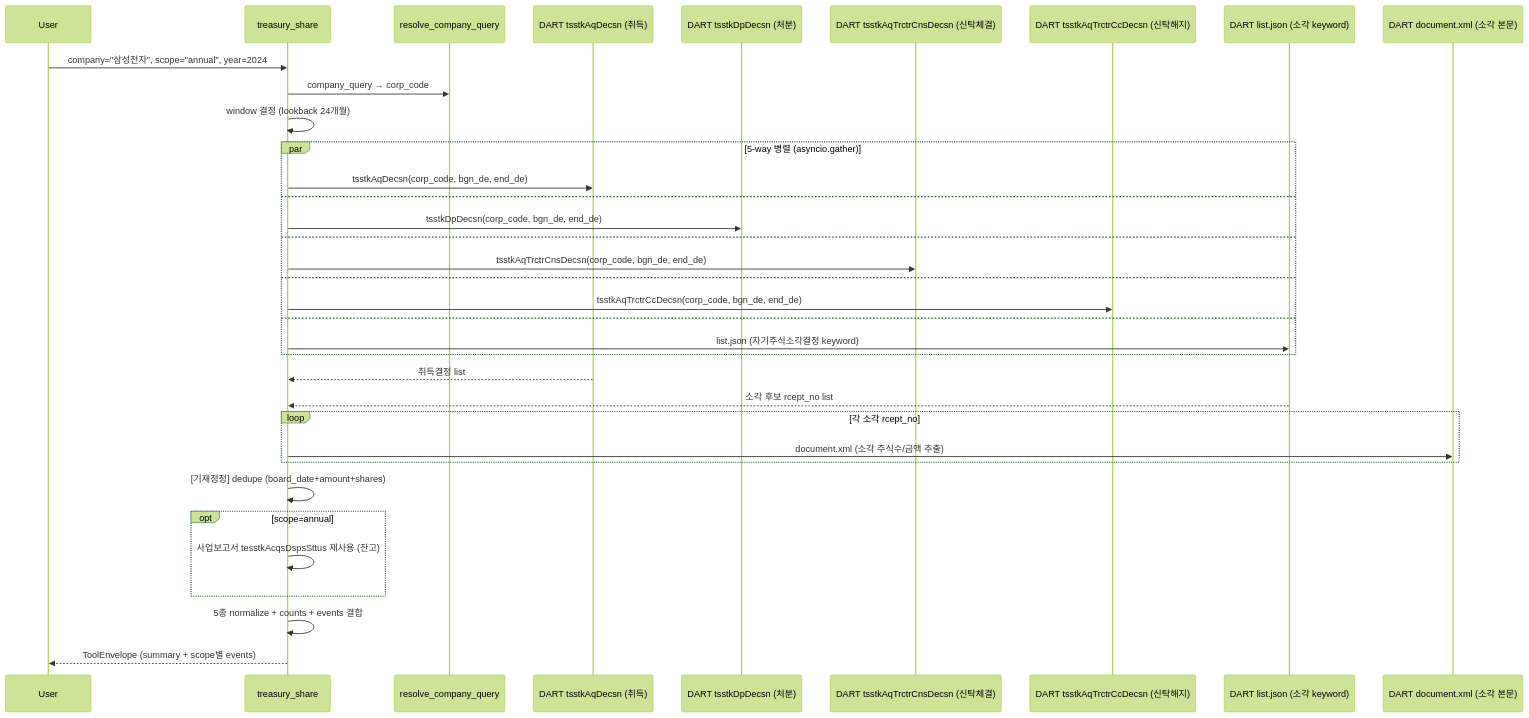
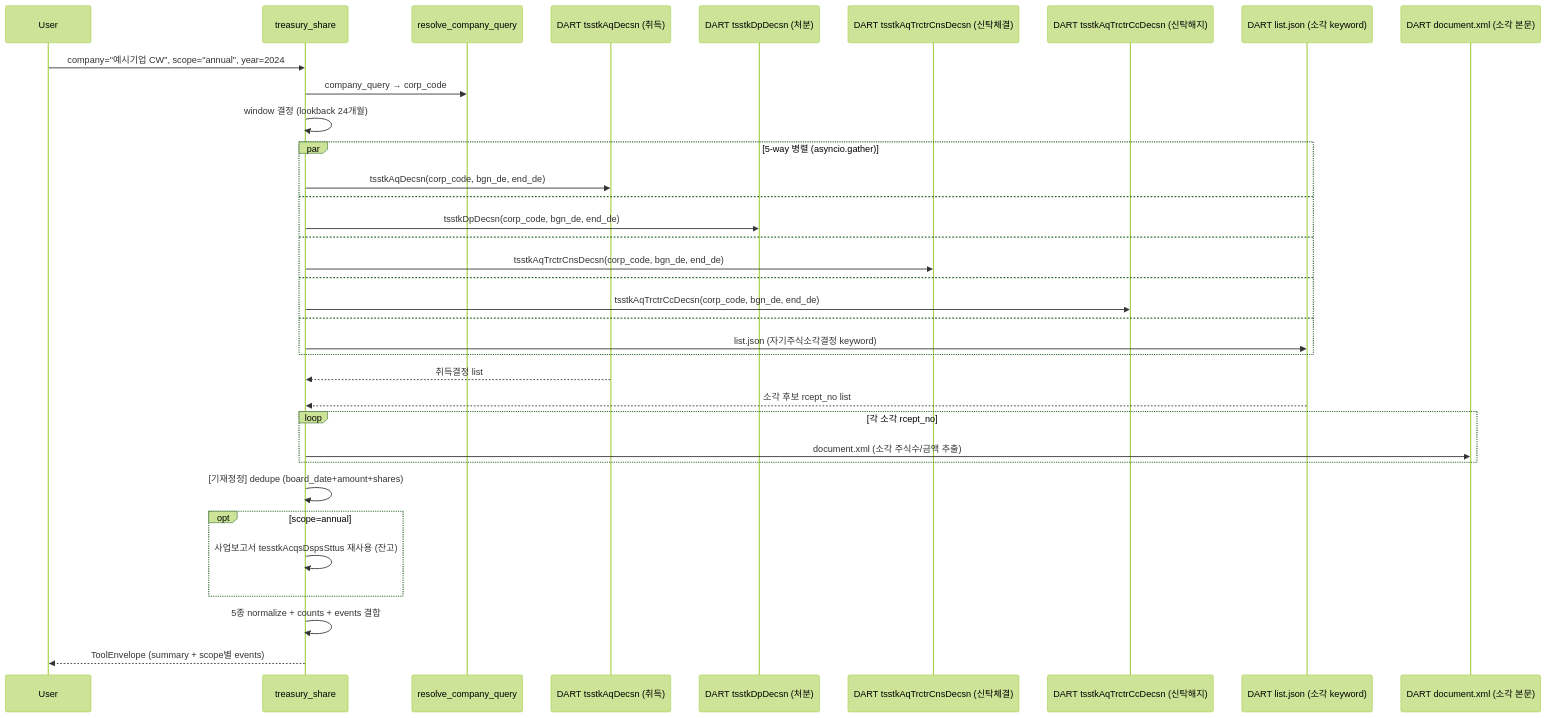
The diagram in wiki/tools/treasury_share.md (MarcoYou/open-proxy-mcp), drawn with Mermaid (forest theme) before and after one commit. The commit also changed other lines of this file and 156 other files, not shown here.

````diff
--- a/wiki/tools/treasury_share.md
+++ b/wiki/tools/treasury_share.md
@@ -97,37 +99,37 @@
 ```mermaid
 sequenceDiagram
     participant U as User
     participant T as treasury_share
     participant R as resolve_company_query
     participant A as DART tsstkAqDecsn (취득)
     participant D as DART tsstkDpDecsn (처분)
     participant TC as DART tsstkAqTrctrCnsDecsn (신탁체결)
     participant TT as DART tsstkAqTrctrCcDecsn (신탁해지)
     participant L as DART list.json (소각 keyword)
     participant DX as DART document.xml (소각 본문)
-    U->>T: company="삼성전자", scope="annual", year=2024
+    U->>T: company="예시기업 CW", scope="annual", year=2024
     T->>R: company_query → corp_code
     T->>T: window 결정 (lookback 24개월)
     par 5-way 병렬 (asyncio.gather)
         T->>A: tsstkAqDecsn(corp_code, bgn_de, end_de)
     and
         T->>D: tsstkDpDecsn(corp_code, bgn_de, end_de)
     and
         T->>TC: tsstkAqTrctrCnsDecsn(corp_code, bgn_de, end_de)
     and
         T->>TT: tsstkAqTrctrCcDecsn(corp_code, bgn_de, end_de)
     and
         T->>L: list.json (자기주식소각결정 keyword)
     end
     A-->>T: 취득결정 list
     L-->>T: 소각 후보 rcept_no list
     loop 각 소각 rcept_no
         T->>DX: document.xml (소각 주식수/금액 추출)
     end
     T->>T: [기재정정] dedupe (board_date+amount+shares)
     opt scope=annual
         T->>T: 사업보고서 tesstkAcqsDspsSttus 재사용 (잔고)
     end
     T->>T: 5종 normalize + counts + events 결합
     T-->>U: ToolEnvelope (summary + scope별 events)
 ```
````
